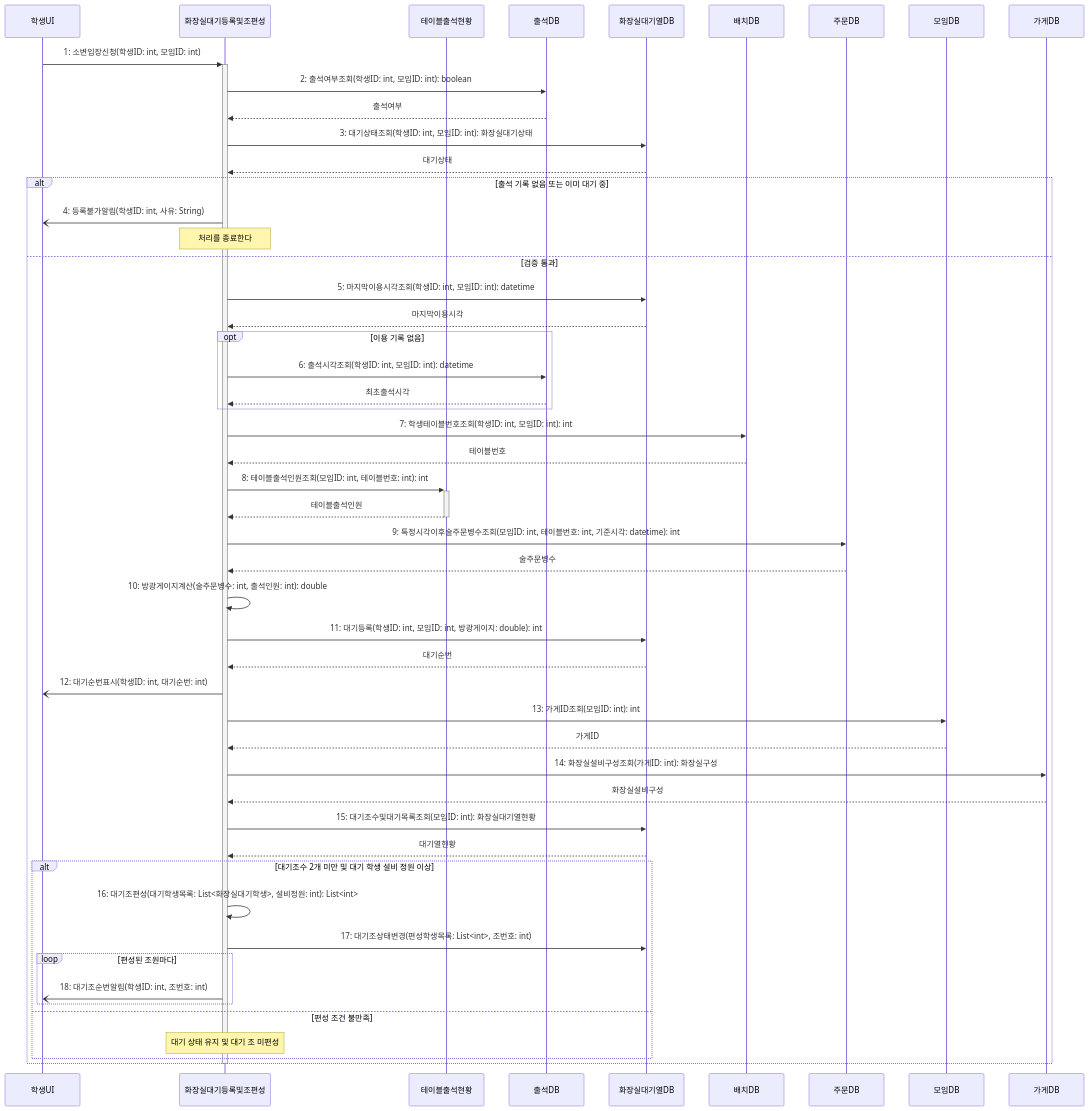
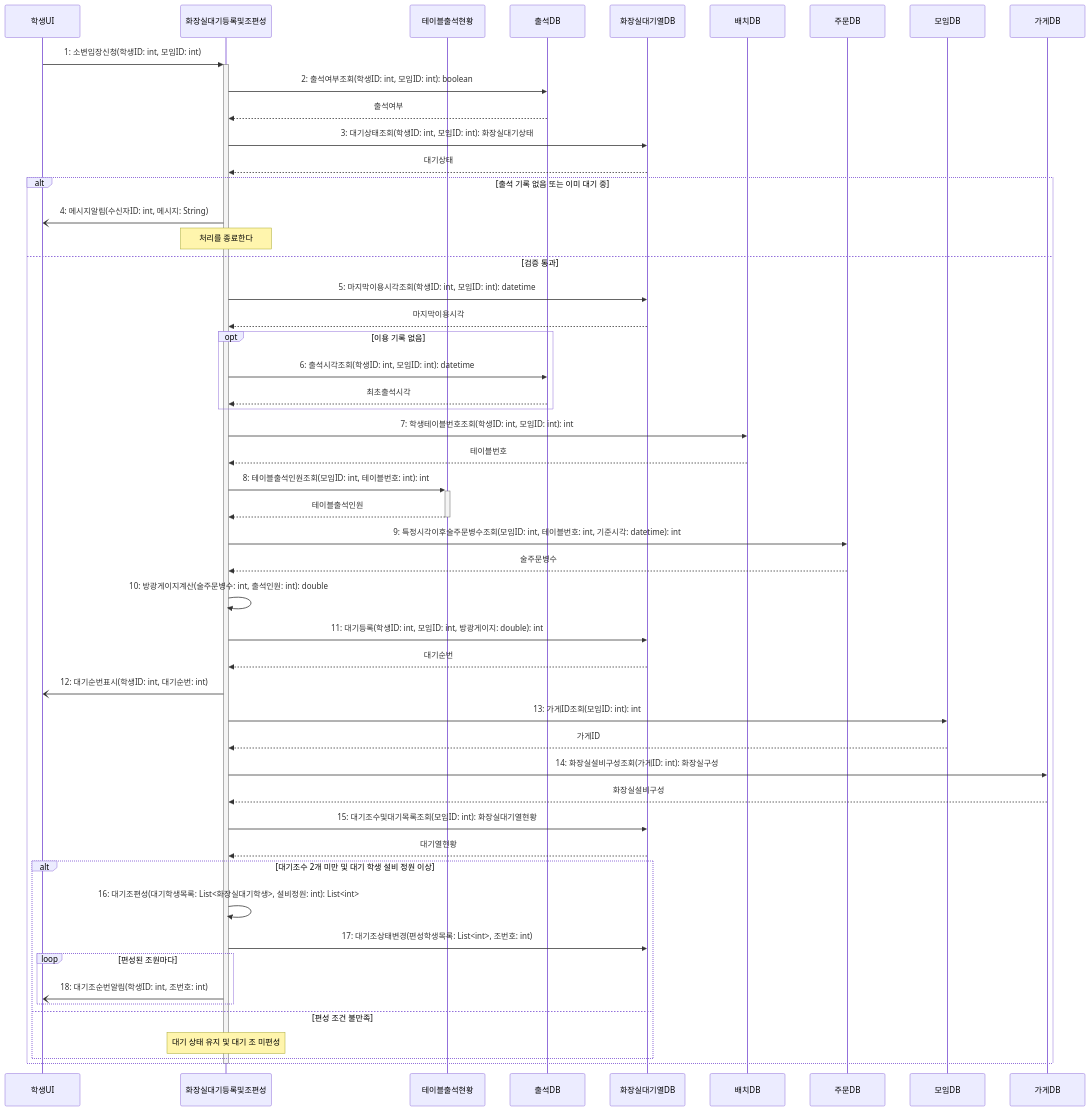
The diagram in sequence/seq-18-1.md (hojae3/sw-engineering-16), drawn with Mermaid before and after one commit. The commit also changed other lines of this file and 19 other files, not shown here.

````diff
--- a/sequence/seq-18-1.md
+++ b/sequence/seq-18-1.md
@@ -28,57 +28,57 @@
 ```mermaid
 sequenceDiagram
     participant 학생UI as 학생UI
     participant 편성 as 화장실대기등록및조편성
     participant 현황 as 테이블출석현황
     participant 출석DB as 출석DB
     participant 화장실DB as 화장실대기열DB
     participant 배치DB as 배치DB
     participant 주문DB as 주문DB
     participant 모임DB as 모임DB
     participant 가게DB as 가게DB
 
     학생UI->>+편성: 1: 소변입장신청(학생ID: int, 모임ID: int)
     편성->>출석DB: 2: 출석여부조회(학생ID: int, 모임ID: int): boolean
     출석DB-->>편성: 출석여부
     편성->>화장실DB: 3: 대기상태조회(학생ID: int, 모임ID: int): 화장실대기상태
     화장실DB-->>편성: 대기상태
 
     alt 출석 기록 없음 또는 이미 대기 중
-        편성-)학생UI: 4: 등록불가알림(학생ID: int, 사유: String)
+        편성-)학생UI: 4: 메시지알림(수신자ID: int, 메시지: String)
         Note over 편성: 처리를 종료한다
     else 검증 통과
         편성->>화장실DB: 5: 마지막이용시각조회(학생ID: int, 모임ID: int): datetime
         화장실DB-->>편성: 마지막이용시각
         opt 이용 기록 없음
             편성->>출석DB: 6: 출석시각조회(학생ID: int, 모임ID: int): datetime
             출석DB-->>편성: 최초출석시각
         end
         편성->>배치DB: 7: 학생테이블번호조회(학생ID: int, 모임ID: int): int
         배치DB-->>편성: 테이블번호
         편성->>+현황: 8: 테이블출석인원조회(모임ID: int, 테이블번호: int): int
         현황-->>-편성: 테이블출석인원
         편성->>주문DB: 9: 특정시각이후술주문병수조회(모임ID: int, 테이블번호: int, 기준시각: datetime): int
         주문DB-->>편성: 술주문병수
         편성->>편성: 10: 방광게이지계산(술주문병수: int, 출석인원: int): double
         편성->>화장실DB: 11: 대기등록(학생ID: int, 모임ID: int, 방광게이지: double): int
         화장실DB-->>편성: 대기순번
         편성-)학생UI: 12: 대기순번표시(학생ID: int, 대기순번: int)
 
         편성->>모임DB: 13: 가게ID조회(모임ID: int): int
         모임DB-->>편성: 가게ID
         편성->>가게DB: 14: 화장실설비구성조회(가게ID: int): 화장실구성
         가게DB-->>편성: 화장실설비구성
         편성->>화장실DB: 15: 대기조수및대기목록조회(모임ID: int): 화장실대기열현황
         화장실DB-->>편성: 대기열현황
         alt 대기조수 2개 미만 및 대기 학생 설비 정원 이상
             편성->>편성: 16: 대기조편성(대기학생목록: List<화장실대기학생>, 설비정원: int): List<int>
             편성->>화장실DB: 17: 대기조상태변경(편성학생목록: List<int>, 조번호: int)
             loop 편성된 조원마다
                 편성-)학생UI: 18: 대기조순번알림(학생ID: int, 조번호: int)
             end
         else 편성 조건 불만족
             Note over 편성: 대기 상태 유지 및 대기 조 미편성
         end
     end
     deactivate 편성
 ```
````
